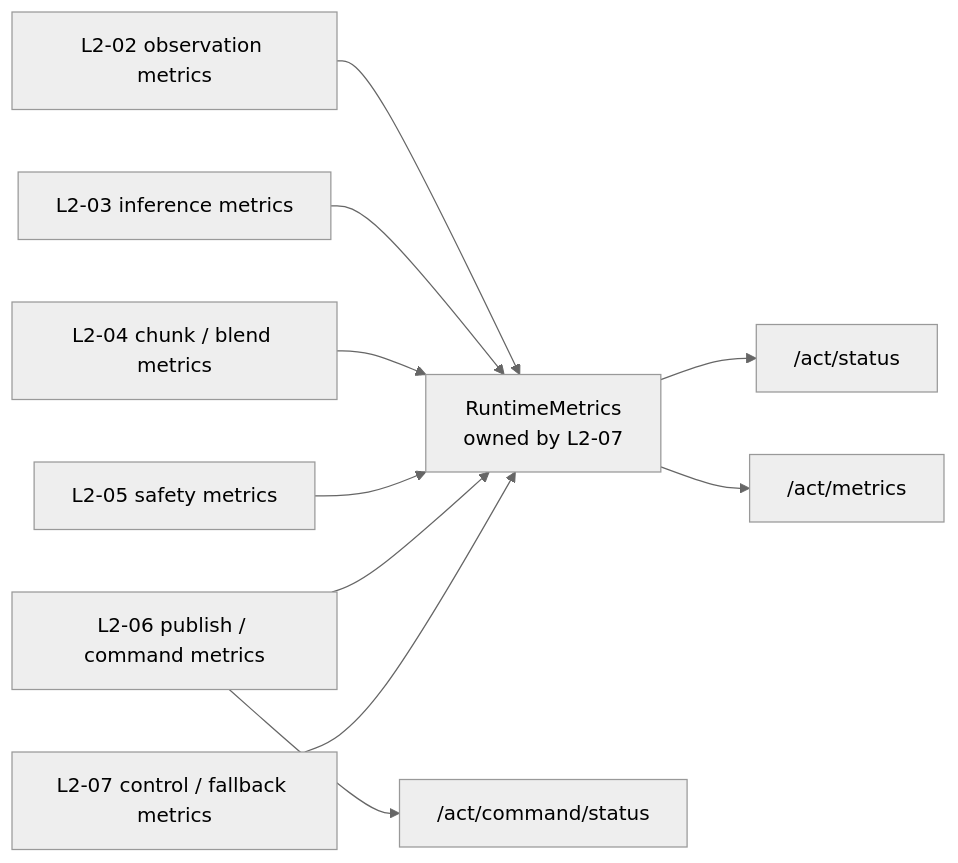
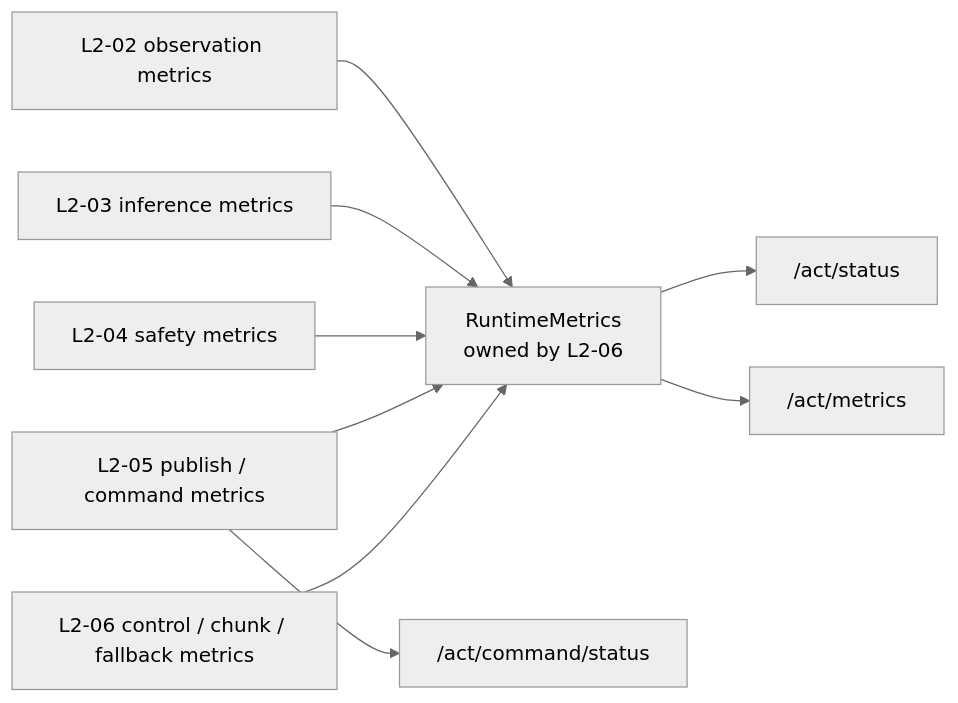
One commit to jack-z36/ROS changed the sixth of 7 diagrams in DOCS/03_工程/阶段四：模型部署/02_implement/02_L1_ACT功能模块协作架构.md. Above: the diagram before and after it, drawn with Mermaid (neutral theme). The commit also changed other lines of this file and 21 other files, not shown here.

````diff
--- a/DOCS/03_工程/阶段四：模型部署/02_implement/02_L1_ACT功能模块协作架构.md
+++ b/DOCS/03_工程/阶段四：模型部署/02_implement/02_L1_ACT功能模块协作架构.md
@@ -521,24 +463,22 @@
 ```mermaid
 flowchart LR
     M2["L2-02 observation metrics"]
     M3["L2-03 inference metrics"]
-    M4["L2-04 chunk / blend metrics"]
-    M5["L2-05 safety metrics"]
-    M6["L2-06 publish / command metrics"]
-    M7["L2-07 control / fallback metrics"]
+    M4["L2-04 safety metrics"]
+    M5["L2-05 publish / command metrics"]
+    M6["L2-06 control / chunk / fallback metrics"]
 
-    MET["RuntimeMetrics<br/>owned by L2-07"]
+    MET["RuntimeMetrics<br/>owned by L2-06"]
     STATUS["/act/status"]
     DETAIL["/act/metrics"]
     CSTATUS["/act/command/status"]
 
     M2 --> MET
     M3 --> MET
     M4 --> MET
     M5 --> MET
     M6 --> MET
-    M7 --> MET
     MET --> STATUS
     MET --> DETAIL
-    M6 --> CSTATUS
+    M5 --> CSTATUS
 ```
````
